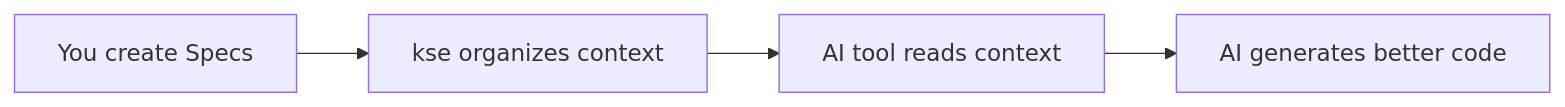
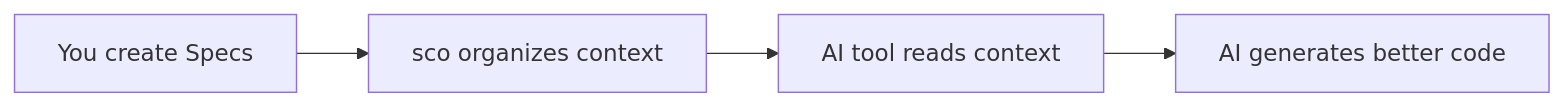
The first of 2 diagrams in README.md (LuChangQiu/kiro-spec-engine), drawn with Mermaid before and after one commit. The commit also changed other lines of this file and 14 other files, not shown here.

````diff
--- a/README.md
+++ b/README.md
@@ -25,6 +26,6 @@
 ```mermaid
 graph LR
-    A[You create Specs] --> B[kse organizes context]
+    A[You create Specs] --> B[sco organizes context]
     B --> C[AI tool reads context]
     C --> D[AI generates better code]
 ```
````
